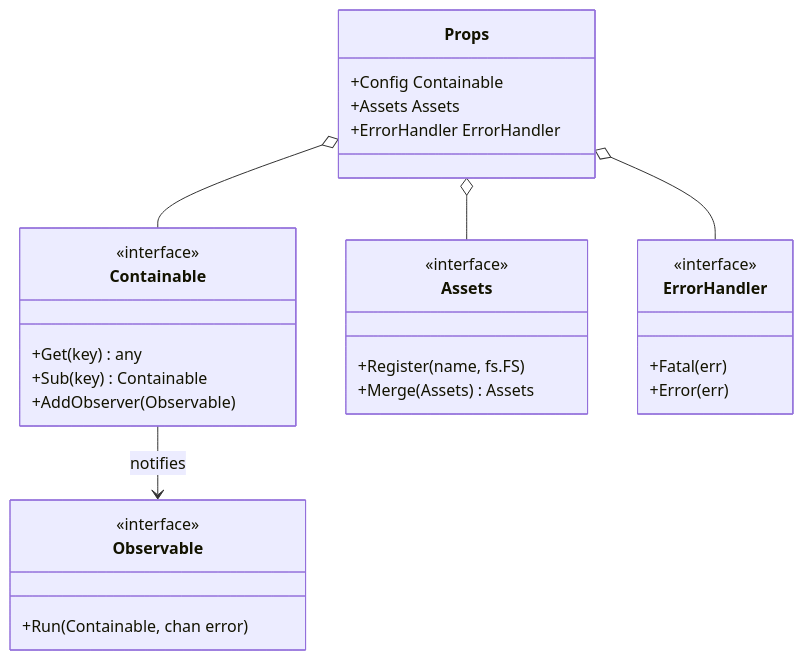
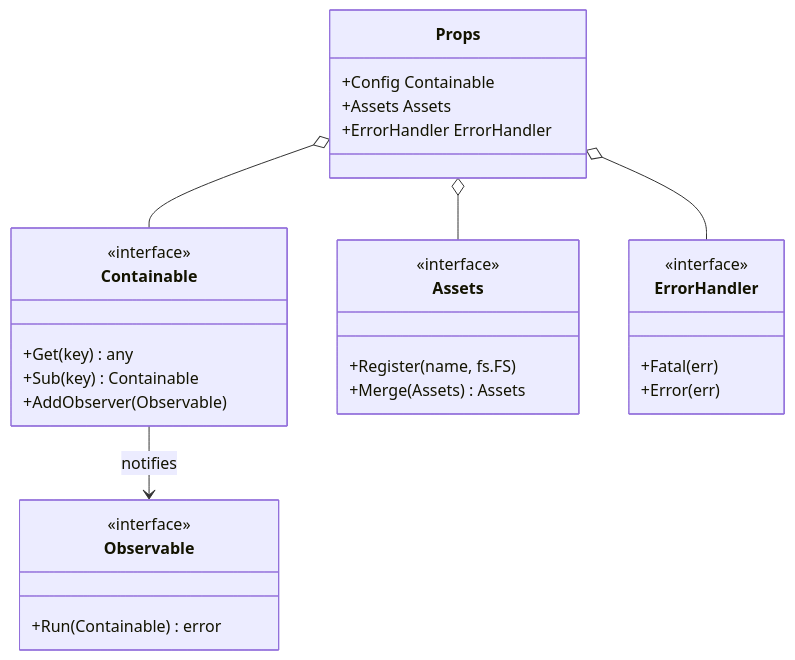
Before and after one commit to phpboyscout/go-tool-base: the diagram in docs/concepts/interface-design.md, drawn with Mermaid. The commit also changed other lines of this file and 17 other files, not shown here.

````diff
--- a/docs/concepts/interface-design.md
+++ b/docs/concepts/interface-design.md
@@ -481,37 +479,37 @@
 ```mermaid
 classDiagram
     class Props {
         +Config Containable
         +Assets Assets
         +ErrorHandler ErrorHandler
     }
     
     class Containable {
         <<interface>>
         +Get(key) any
         +Sub(key) Containable
         +AddObserver(Observable)
     }
     
     class Observable {
         <<interface>>
-        +Run(Containable, chan error)
+        +Run(Containable) error
     }
     
     class Assets {
         <<interface>>
         +Register(name, fs.FS)
         +Merge(Assets) Assets
     }
     
     class ErrorHandler {
         <<interface>>
         +Fatal(err)
         +Error(err)
     }
     
     Props o-- Containable
     Props o-- Assets
     Props o-- ErrorHandler
     Containable --> Observable : notifies
 ```
````
